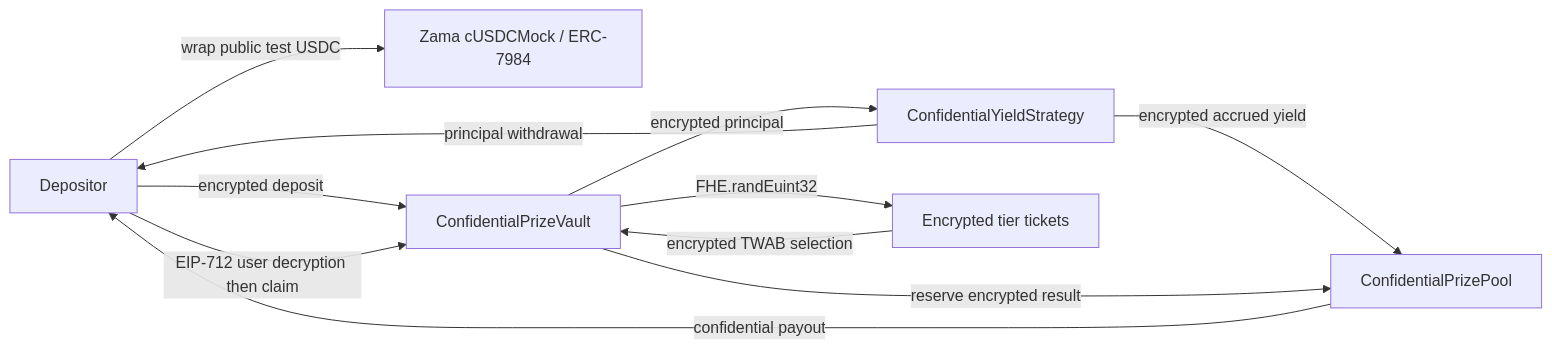
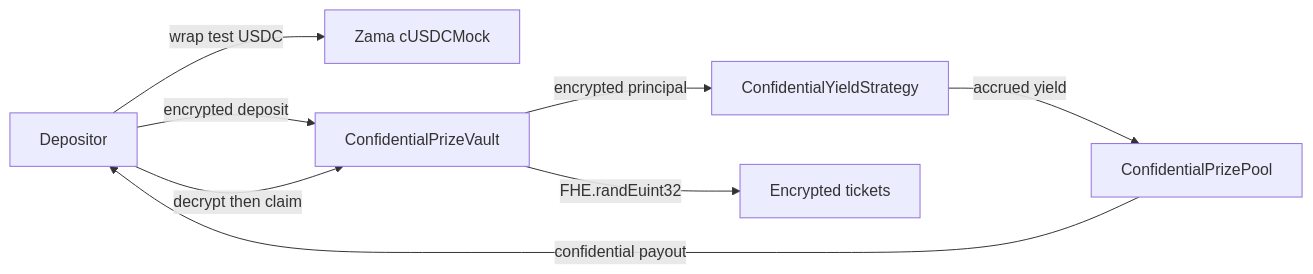
The diagram in README.md (Akhil-2310/cube), drawn with Mermaid before and after one commit. The commit also changed other lines of this file and 1 other file, not shown here.

````diff
--- a/README.md
+++ b/README.md
@@ -22,13 +21,10 @@
 ```mermaid
 flowchart LR
-    U[Depositor] -->|wrap public test USDC| T[Zama cUSDCMock / ERC-7984]
+    U[Depositor] -->|wrap test USDC| T[Zama cUSDCMock]
     U -->|encrypted deposit| V[ConfidentialPrizeVault]
     V -->|encrypted principal| S[ConfidentialYieldStrategy]
-    S -->|encrypted accrued yield| P[ConfidentialPrizePool]
-    V -->|FHE.randEuint32| R[Encrypted tier tickets]
-    R -->|encrypted TWAB selection| V
-    V -->|reserve encrypted result| P
-    U -->|EIP-712 user decryption then claim| V
+    S -->|accrued yield| P[ConfidentialPrizePool]
+    V -->|FHE.randEuint32| R[Encrypted tickets]
+    U -->|decrypt then claim| V
     P -->|confidential payout| U
-    S -->|principal withdrawal| U
 ```
````
